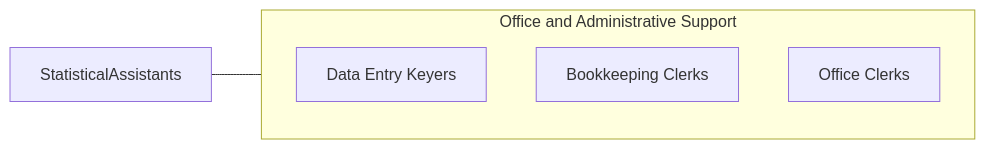
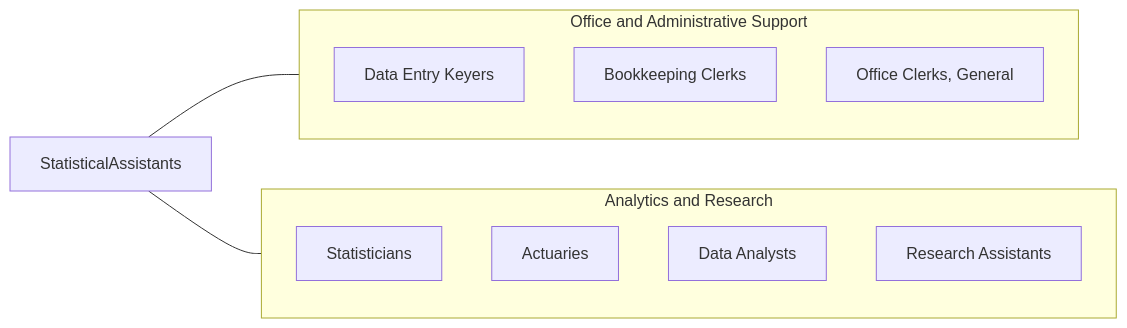
The fourth of 4 diagrams in occupations/Administrative/StatisticalAssistants.mdx (kziemski/business.org.ai), drawn with Mermaid before and after one commit. The commit also changed other lines of this file and 19 other files, not shown here.

````diff
--- a/occupations/Administrative/StatisticalAssistants.mdx
+++ b/occupations/Administrative/StatisticalAssistants.mdx
@@ -99,10 +304,20 @@
 ```mermaid
 graph LR
     Current["StatisticalAssistants"]
+
     subgraph SameCategory["Office and Administrative Support"]
         RDataEntryKeyers["Data Entry Keyers"]
         RBookkeepingClerks["Bookkeeping Clerks"]
-        ROfficeClerks["Office Clerks"]
+        ROfficeClerks["Office Clerks, General"]
     end
+
+    subgraph CrossFunctional["Analytics and Research"]
+        RStatisticians["Statisticians"]
+        RActuaries["Actuaries"]
+        RDataAnalysts["Data Analysts"]
+        RResearchAssistants["Research Assistants"]
+    end
+
     Current --- SameCategory
+    Current --- CrossFunctional
 ```
````
